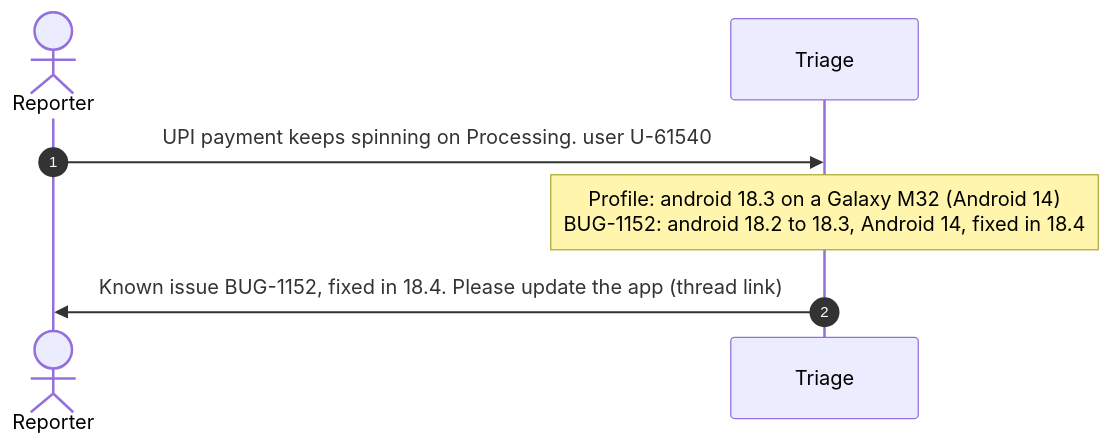
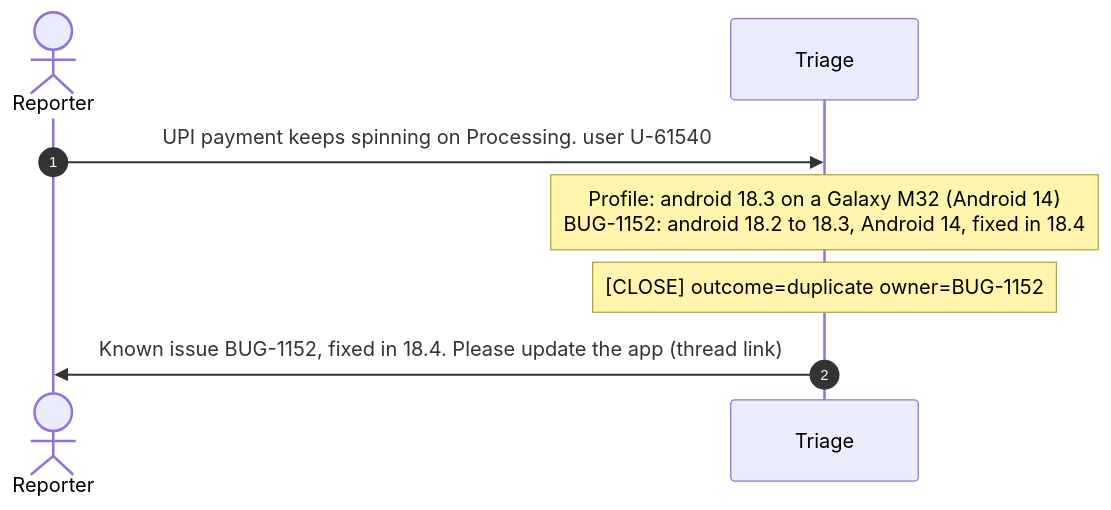
One commit to Pranav108/tracesquad changed the seventh of 8 diagrams in docs/SYSTEM.md. Above: the diagram before and after it, drawn with Mermaid. The commit also changed other lines of this file and 57 other files, not shown here.

````diff
--- a/docs/SYSTEM.md
+++ b/docs/SYSTEM.md
@@ -458,9 +676,10 @@
 ```mermaid
 sequenceDiagram
     autonumber
     actor R as Reporter
     participant T as Triage
     R->>T: UPI payment keeps spinning on Processing. user U-61540
     Note over T: Profile: android 18.3 on a Galaxy M32 (Android 14)<br/>BUG-1152: android 18.2 to 18.3, Android 14, fixed in 18.4
+    Note over T: [CLOSE] outcome=duplicate owner=BUG-1152
     T->>R: Known issue BUG-1152, fixed in 18.4. Please update the app (thread link)
 ```
````
